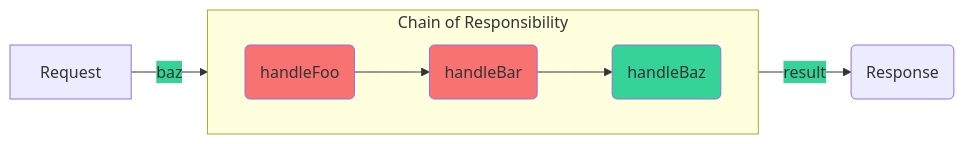
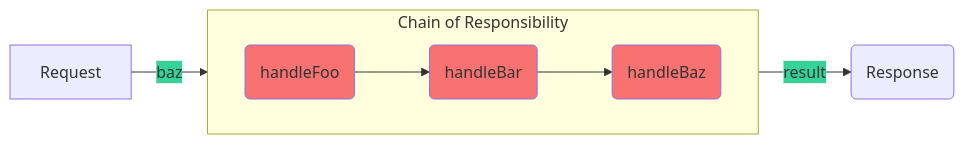
One commit to bootcamp-places/javascript-patterns changed the diagram in chain-of-responsibility.md. Above: the diagram before and after it, drawn with Mermaid. The commit also changed other lines of this file and 6 other files, not shown here.

````diff
--- a/chain-of-responsibility.md
+++ b/chain-of-responsibility.md
@@ -5,15 +5,15 @@
 ```mermaid
 flowchart LR
     A[Request] -- "<span style='background: #36D399'>baz" --> B    
     D -- "<span style='background: #36D399'>result" --> E(Response)
     
     subgraph Chain of Responsibility 
         direction LR
         B(handleFoo) --> C
         C(handleBar) --> D(handleBaz)
     end
 
     style B fill:#F87272
     style C fill:#F87272
-    style D fill:#36D399
+    style D fill:#F87272
 ```
````
